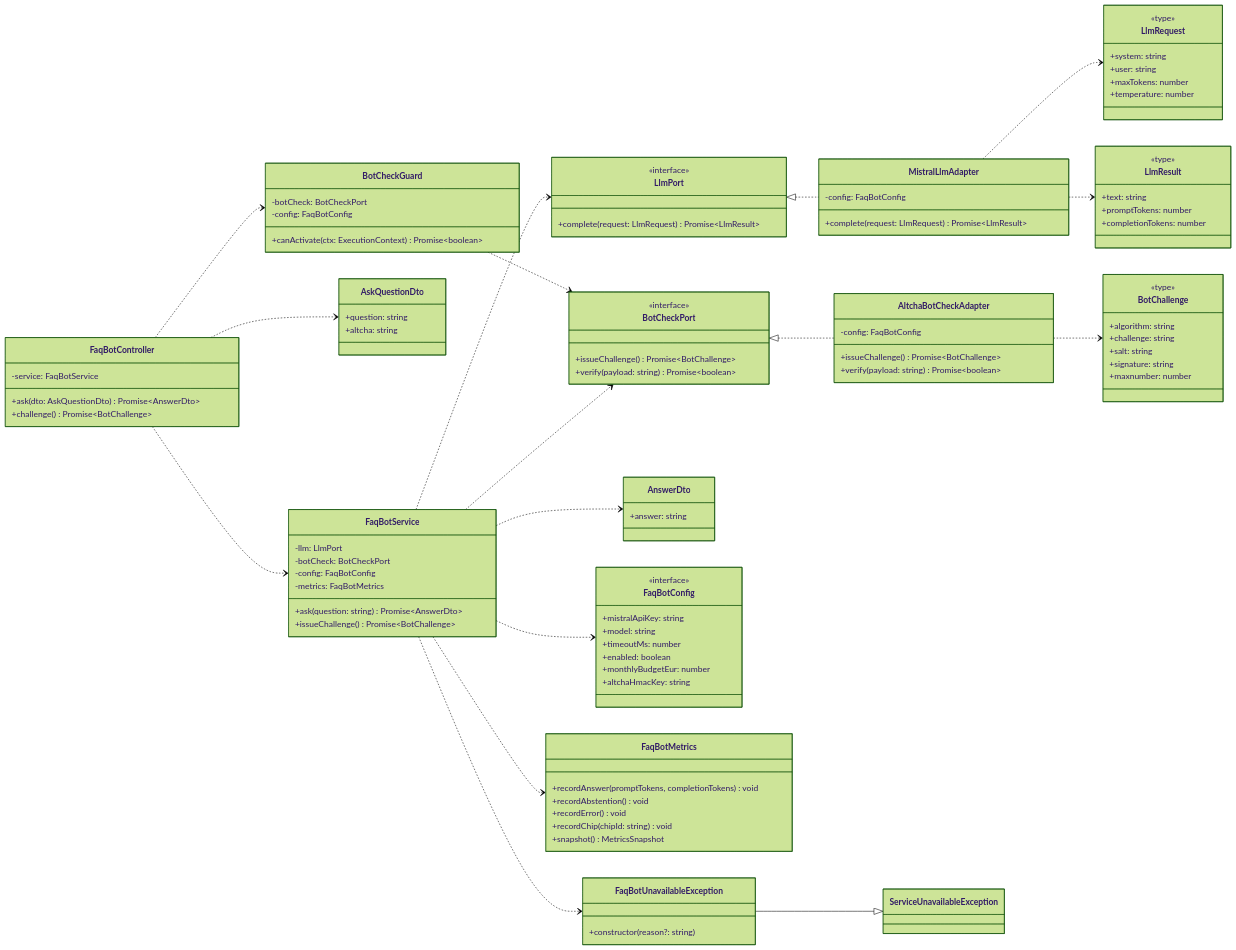
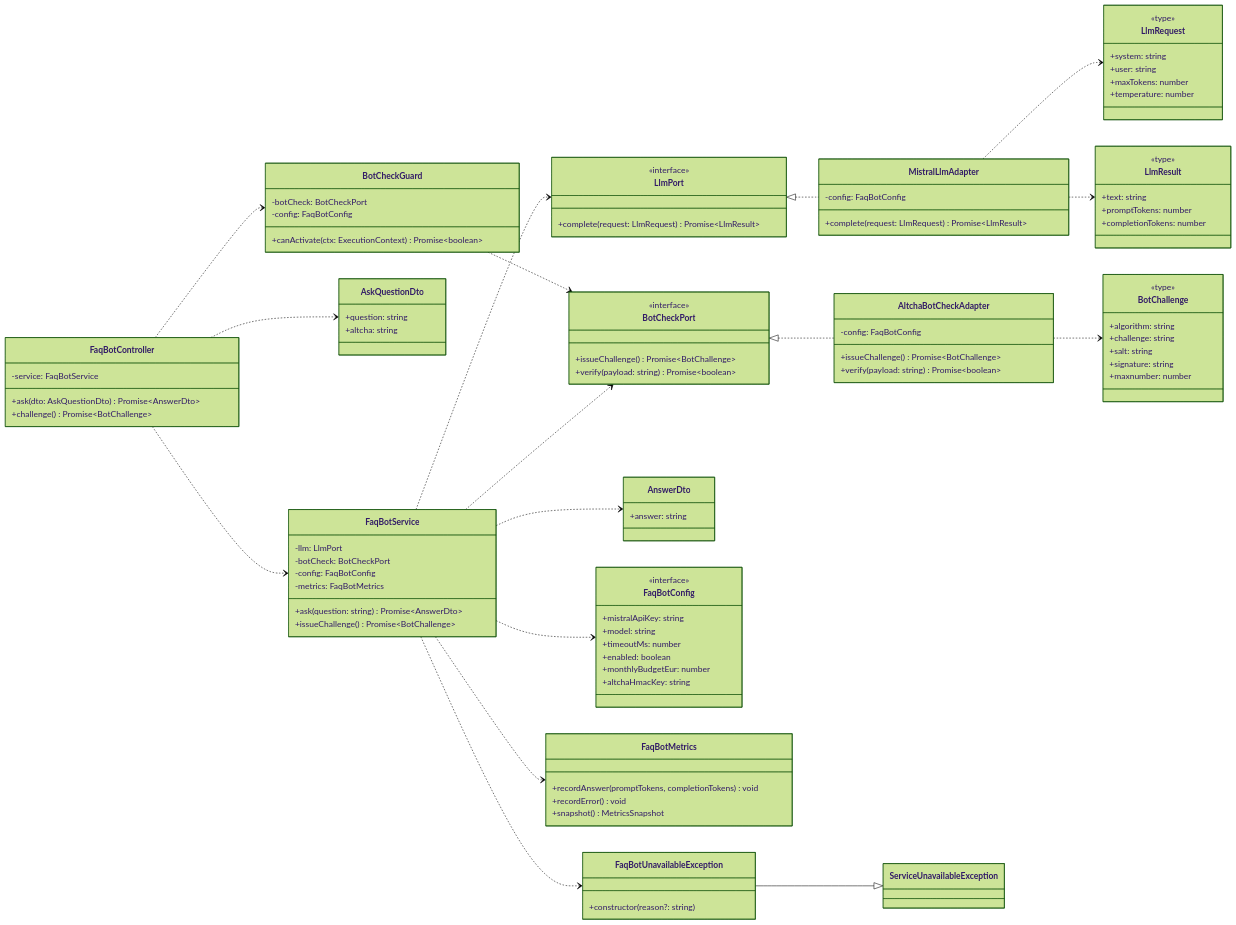
Before and after one commit to benoit-bremaud/brasse-bouillon: the diagram in docs/architecture/diagrams/faq-bot/04-class.md, drawn with Mermaid (forest theme). The commit also changed 6 other files, not shown here.

```diff
--- a/docs/architecture/diagrams/faq-bot/04-class.md
+++ b/docs/architecture/diagrams/faq-bot/04-class.md
@@ -92,9 +92,7 @@
 
     class FaqBotMetrics {
         +recordAnswer(promptTokens, completionTokens) void
-        +recordAbstention() void
         +recordError() void
-        +recordChip(chipId: string) void
         +snapshot() MetricsSnapshot
     }
 
```
